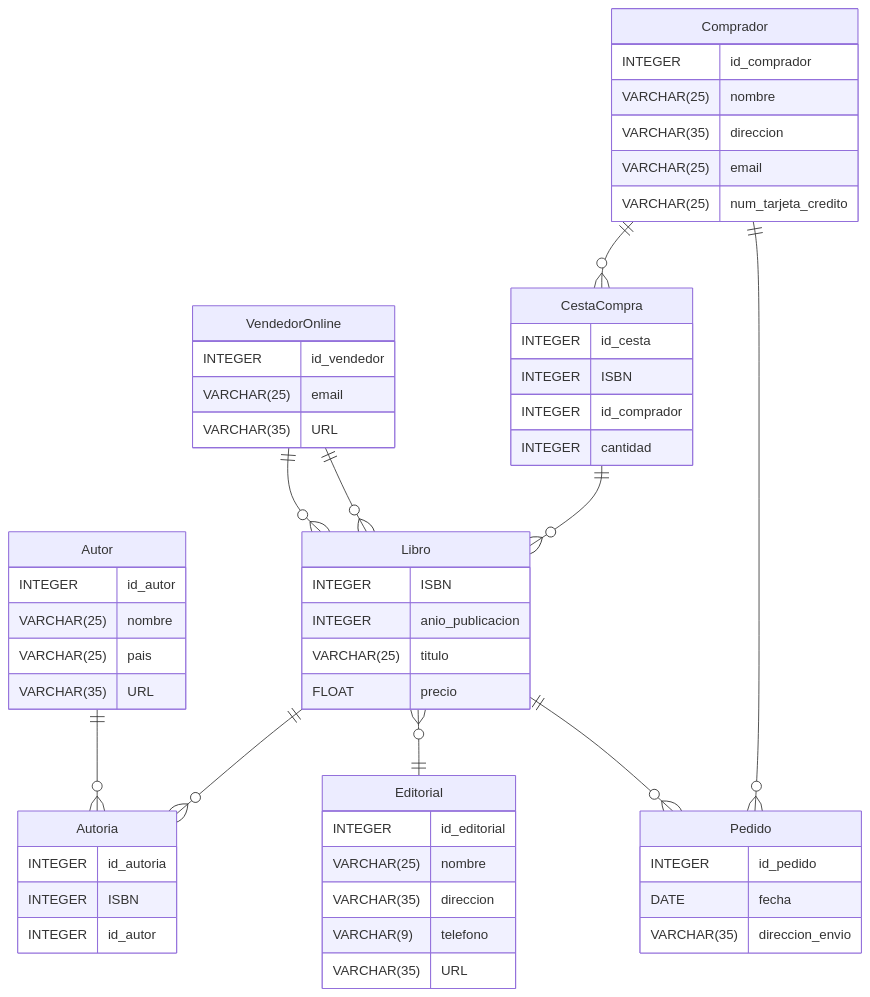
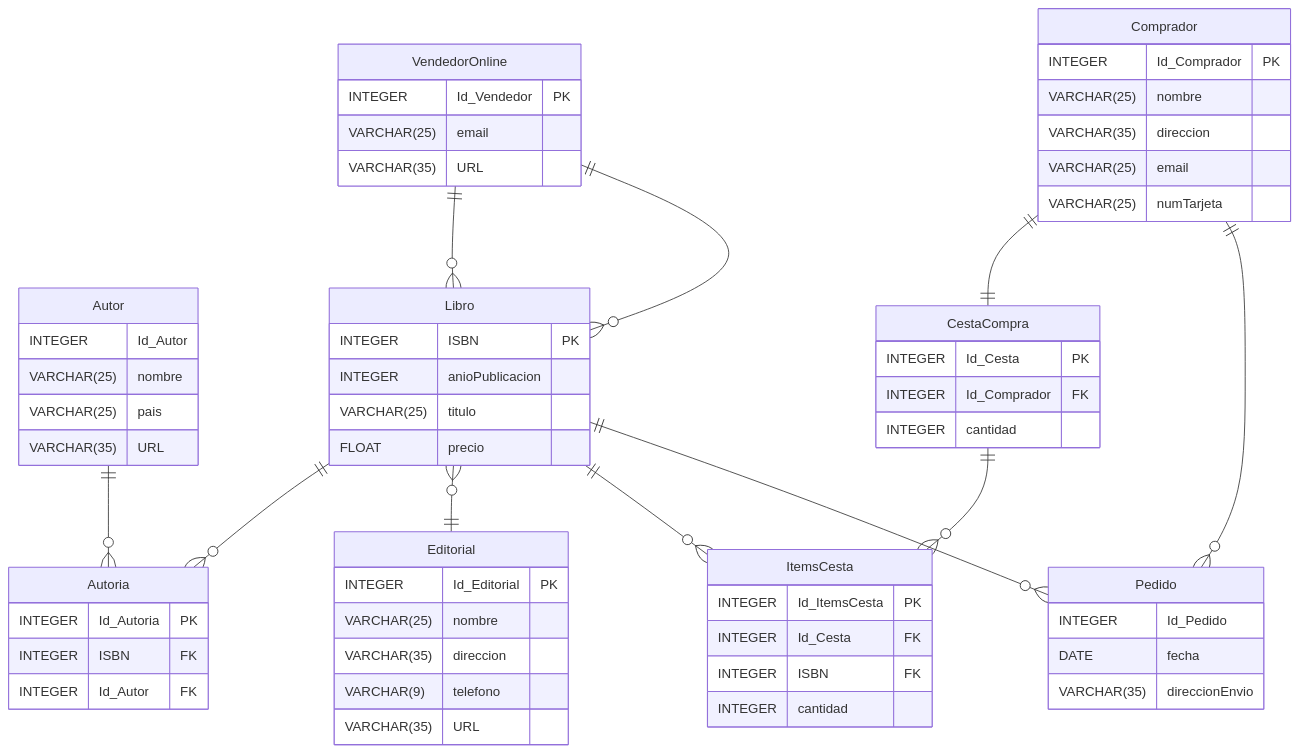
Before and after one commit to augustocristian/teaching-resources: the fourth of 4 diagrams in EPIG-IND-ComputerScienceFundamentals/exercises/2_exercises_BBDD.md, drawn with Mermaid. The commit also changed other lines of this file and 6 other files, not shown here.

````diff
--- a/EPIG-IND-ComputerScienceFundamentals/exercises/2_exercises_BBDD.md
+++ b/EPIG-IND-ComputerScienceFundamentals/exercises/2_exercises_BBDD.md
@@ -344,71 +345,77 @@
 ```mermaid
 erDiagram
 %% Entidades
     Autor {
-        INTEGER id_autor
+        INTEGER Id_Autor
         VARCHAR(25) nombre
         VARCHAR(25) pais
         VARCHAR(35) URL
     }
 
     Autoria {
-        INTEGER id_autoria
-        INTEGER ISBN
-        INTEGER id_autor
+        INTEGER Id_Autoria PK
+        INTEGER ISBN FK
+        INTEGER Id_Autor FK
     }
 
     Libro {
-        INTEGER ISBN
-        INTEGER anio_publicacion
+        INTEGER ISBN PK
+        INTEGER anioPublicacion
         VARCHAR(25) titulo
         FLOAT precio
     }
 
     Editorial {
-        INTEGER id_editorial
+        INTEGER Id_Editorial PK
         VARCHAR(25) nombre
         VARCHAR(35) direccion
         VARCHAR(9) telefono
         VARCHAR(35) URL
     }
 
     VendedorOnline {
-        INTEGER id_vendedor
+        INTEGER Id_Vendedor PK
         VARCHAR(25) email
         VARCHAR(35) URL
     }
 
     CestaCompra {
-        INTEGER id_cesta
-        INTEGER ISBN
-        INTEGER id_comprador
+        INTEGER Id_Cesta PK
+        INTEGER Id_Comprador FK
         INTEGER cantidad
     }
 
     Comprador {
-        INTEGER id_comprador
+        INTEGER Id_Comprador PK
         VARCHAR(25) nombre
         VARCHAR(35) direccion
         VARCHAR(25) email
-        VARCHAR(25) num_tarjeta_credito
+        VARCHAR(25) numTarjeta
     }
 
     Pedido {
-        INTEGER id_pedido
+        INTEGER Id_Pedido
         DATE fecha
-        VARCHAR(35) direccion_envio
+        VARCHAR(35) direccionEnvio
+    }
+    ItemsCesta{
+        INTEGER Id_ItemsCesta PK
+        INTEGER Id_Cesta FK
+        INTEGER ISBN FK
+        INTEGER cantidad
     }
 
 %% Relaciones
     Autor ||--o{ Autoria: ""
     Libro ||--o{ Autoria: ""
     Libro }o--|| Editorial: ""
     VendedorOnline ||--o{ Libro: ""
-    CestaCompra ||--o{ Libro: ""
-    Comprador ||--o{ CestaCompra: ""
+    Comprador ||-- ||CestaCompra: ""
     Comprador ||--o{ Pedido: ""
 %% Relaciones N:M
+    CestaCompra ||--o{ ItemsCesta: ""
+    Libro ||--o{ ItemsCesta: ""
     VendedorOnline ||--o{ Libro: ""
     Libro ||--o{ Pedido: ""
 
 ```
````
